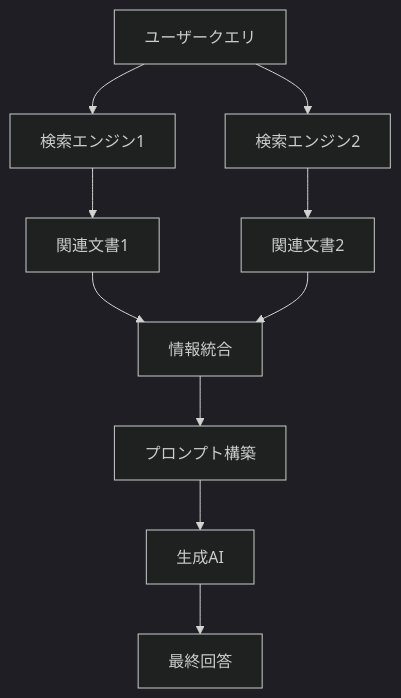
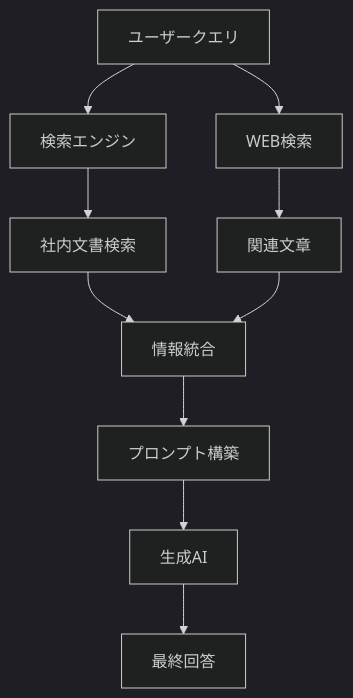
The fifth of 7 diagrams in workspace/business_tasks_workspace/projects/company_ai_promotion/archive/documents/manuals/rag_handson_guide.md (matsuni-kk/BMS), drawn with Mermaid (dark theme) before and after one commit. The commit also changed other lines of this file and 1 other file, not shown here.

````diff
--- a/workspace/business_tasks_workspace/projects/company_ai_promotion/archive/documents/manuals/rag_handson_guide.md
+++ b/workspace/business_tasks_workspace/projects/company_ai_promotion/archive/documents/manuals/rag_handson_guide.md
@@ -174,12 +275,12 @@
 ```mermaid
 graph TD
-    A[ユーザークエリ] --> B[検索エンジン1]
-    A --> C[検索エンジン2]
-    B --> D[関連文書1]
-    C --> E[関連文書2]
+    A[ユーザークエリ] --> B[検索エンジン]
+    A --> C[WEB検索]
+    B --> D[社内文書検索]
+    C --> E[関連文章]
     D --> F[情報統合]
     E --> F
     F --> G[プロンプト構築]
     G --> H[生成AI]
     H --> I[最終回答]
 ```
````
